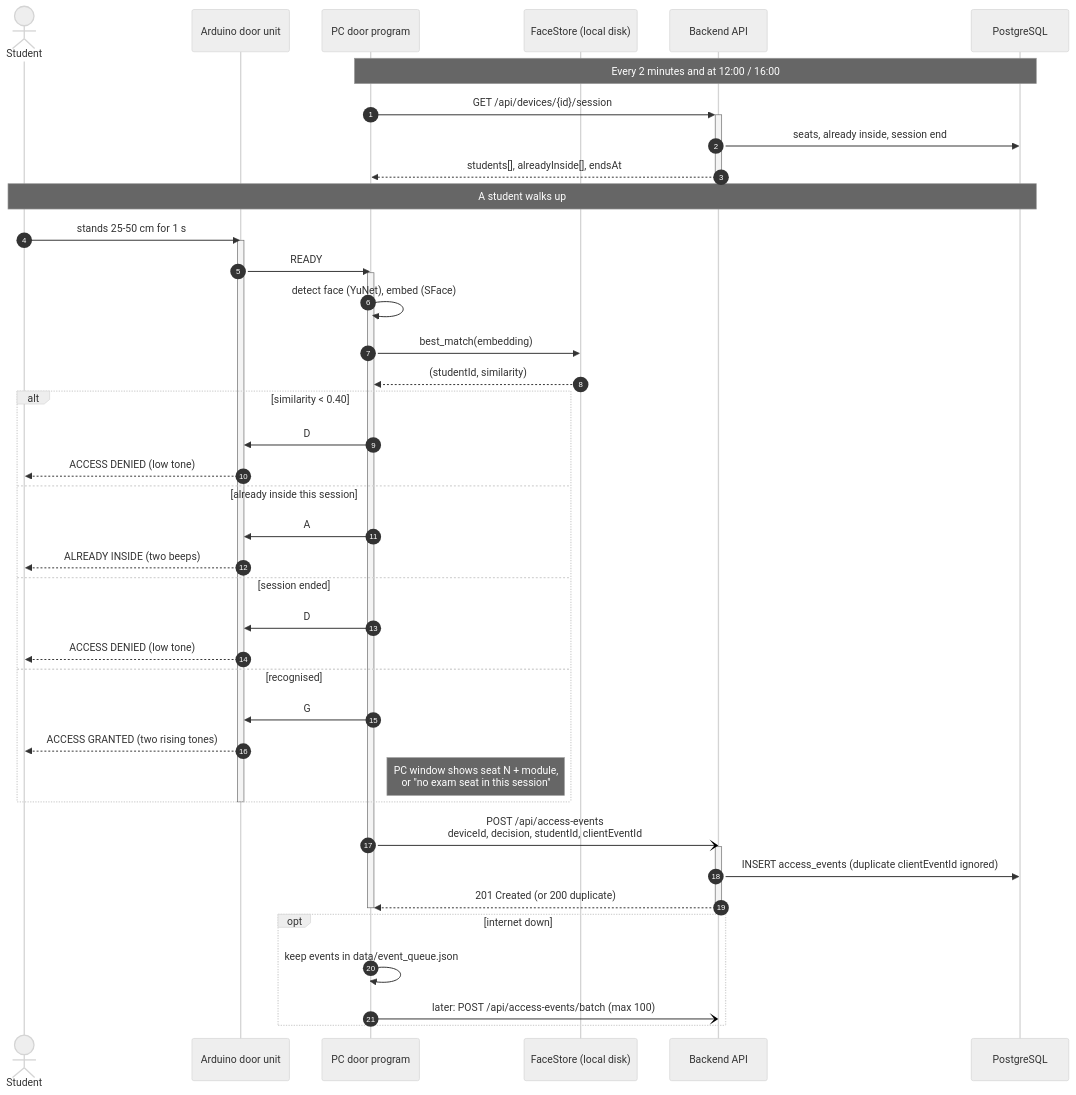
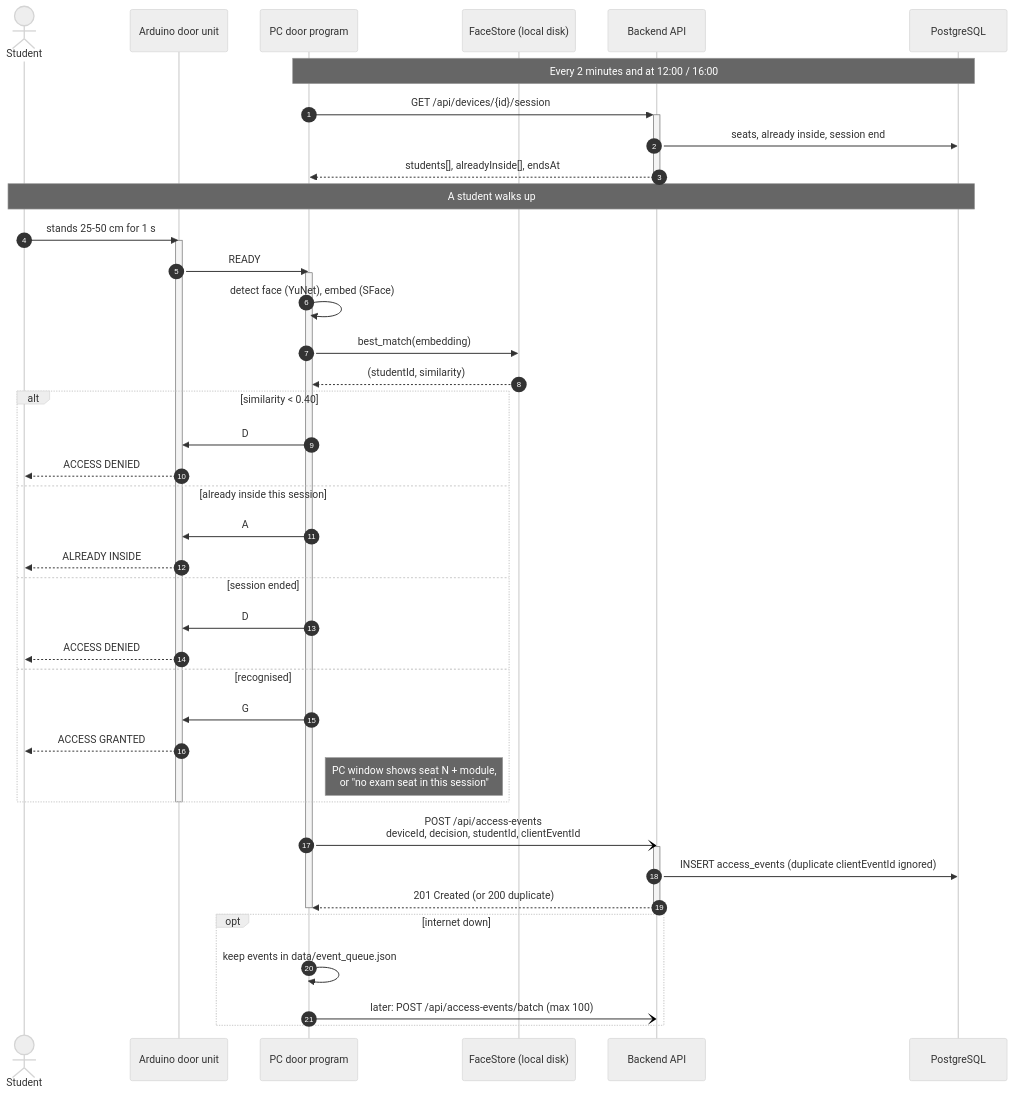
One commit to TebogoClifford/Smart_Registration_System changed the diagram in docs_out/figures/mermaid/src/seq_access.mmd. Above: the diagram before and after it, drawn with Mermaid (neutral theme). The commit also changed 11 other files, not shown here.

First line of the commit message:
Presentation: remove the buzzer; describe each diagram in points

```diff
--- a/docs_out/figures/mermaid/src/seq_access.mmd
+++ b/docs_out/figures/mermaid/src/seq_access.mmd
@@ -1,45 +1,45 @@
 sequenceDiagram
     autonumber
     actor S as Student
     participant A as Arduino door unit
     participant PC as PC door program
     participant FS as FaceStore (local disk)
     participant API as Backend API
     participant DB as PostgreSQL
     Note over PC,DB: Every 2 minutes and at 12:00 / 16:00
     PC->>+API: GET /api/devices/{id}/session
     API->>DB: seats, already inside, session end
     API-->>-PC: students[], alreadyInside[], endsAt
     Note over S,DB: A student walks up
     S->>A: stands 25-50 cm for 1 s
     activate A
     A->>PC: READY
     activate PC
     PC->>PC: detect face (YuNet), embed (SFace)
     PC->>FS: best_match(embedding)
     FS-->>PC: (studentId, similarity)
     alt similarity < 0.40
         PC->>A: D
-        A-->>S: ACCESS DENIED (low tone)
+        A-->>S: ACCESS DENIED
     else already inside this session
         PC->>A: A
-        A-->>S: ALREADY INSIDE (two beeps)
+        A-->>S: ALREADY INSIDE
     else session ended
         PC->>A: D
-        A-->>S: ACCESS DENIED (low tone)
+        A-->>S: ACCESS DENIED
     else recognised
         PC->>A: G
-        A-->>S: ACCESS GRANTED (two rising tones)
+        A-->>S: ACCESS GRANTED
         Note right of PC: PC window shows seat N + module,<br/>or "no exam seat in this session"
     end
     deactivate A
     PC-)API: POST /api/access-events<br/>deviceId, decision, studentId, clientEventId
     activate API
     API->>DB: INSERT access_events (duplicate clientEventId ignored)
     API-->>PC: 201 Created (or 200 duplicate)
     deactivate API
     deactivate PC
     opt internet down
         PC->>PC: keep events in data/event_queue.json
         PC-)API: later: POST /api/access-events/batch (max 100)
     end
```
